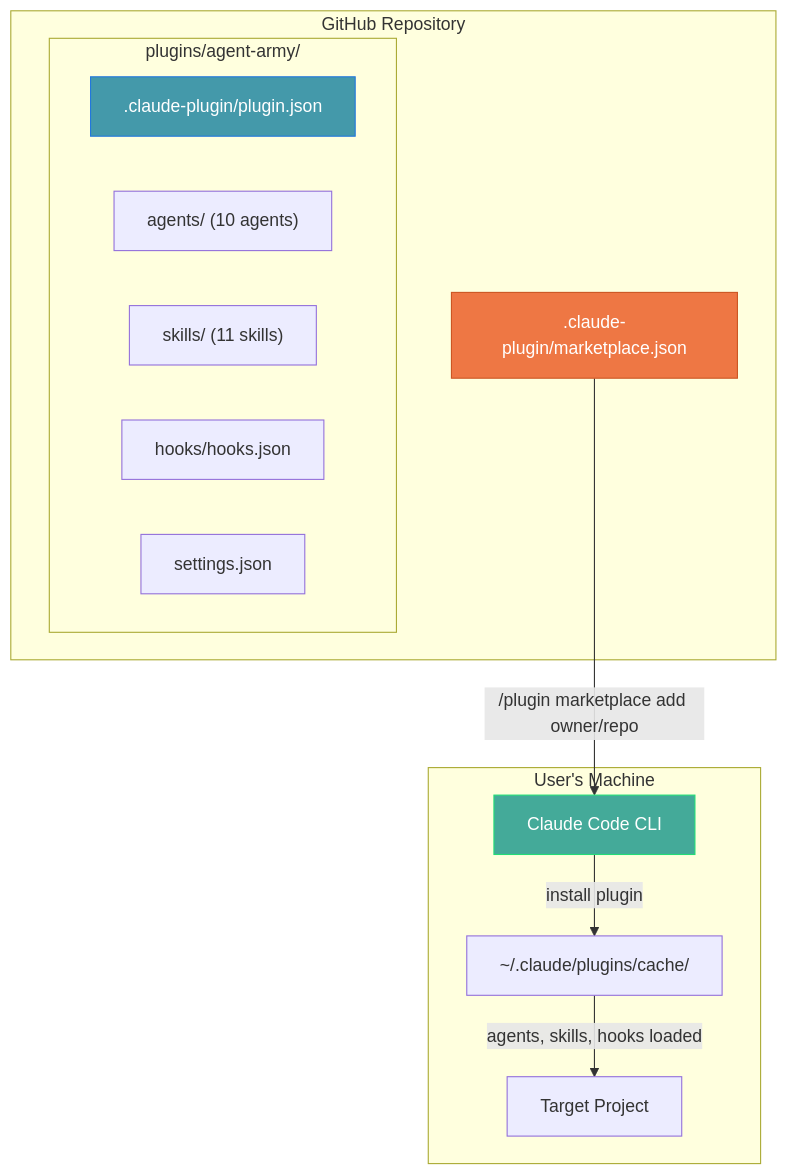
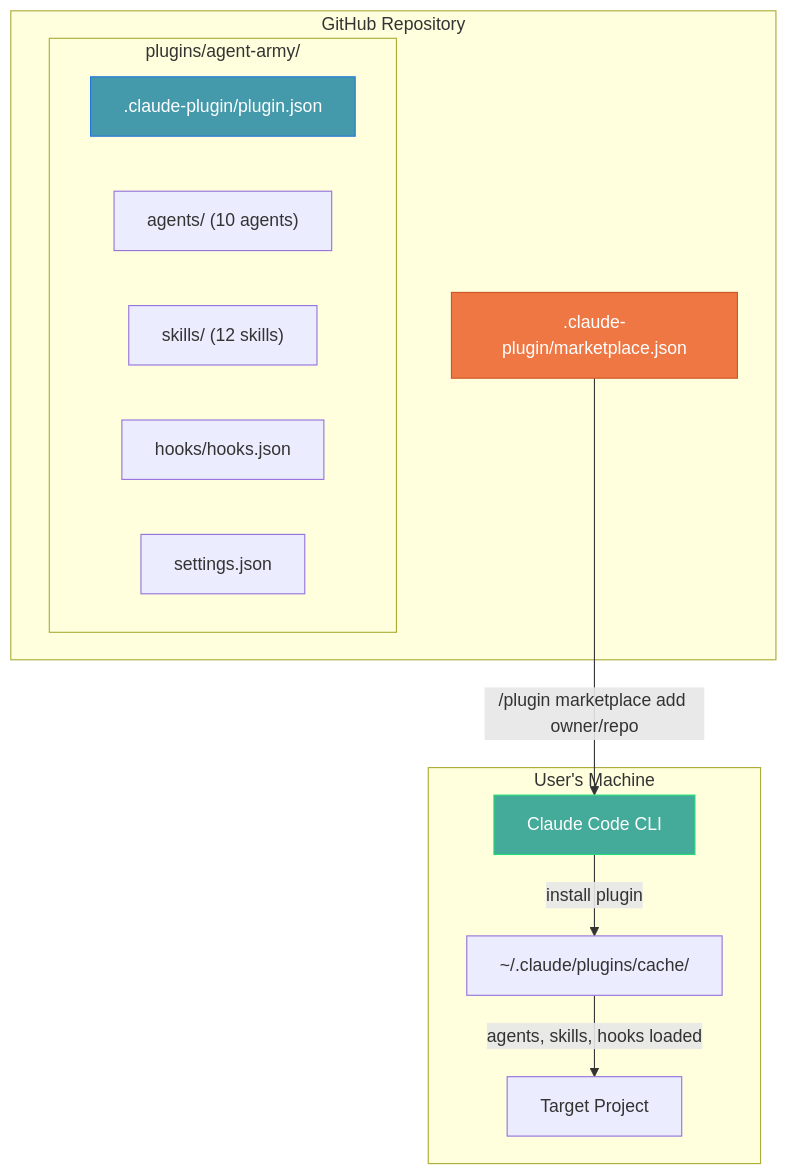
Diagram 16 of 18 in docs/AGENT-ARMY-DESIGN.md (Muheng1992/symbiotic-engineering), drawn with Mermaid before and after one commit. The commit also changed other lines of this file and 7 other files, not shown here.

````diff
--- a/docs/AGENT-ARMY-DESIGN.md
+++ b/docs/AGENT-ARMY-DESIGN.md
@@ -935,27 +943,27 @@
 ```mermaid
 graph TB
     subgraph "GitHub Repository"
         MK[".claude-plugin/marketplace.json"]
         subgraph "plugins/agent-army/"
             PJ[".claude-plugin/plugin.json"]
             AG["agents/ (10 agents)"]
-            SK["skills/ (11 skills)"]
+            SK["skills/ (12 skills)"]
             HK["hooks/hooks.json"]
             ST["settings.json"]
         end
     end
 
     subgraph "User's Machine"
         CC[Claude Code CLI]
         CACHE["~/.claude/plugins/cache/"]
         PROJ["Target Project"]
     end
 
     MK -->|"/plugin marketplace add owner/repo"| CC
     CC -->|"install plugin"| CACHE
     CACHE -->|"agents, skills, hooks loaded"| PROJ
 
     style MK fill:#e74,stroke:#c52,color:#fff
     style PJ fill:#49a,stroke:#27d,color:#fff
     style CC fill:#4a9,stroke:#2d7,color:#fff
 ```
````
